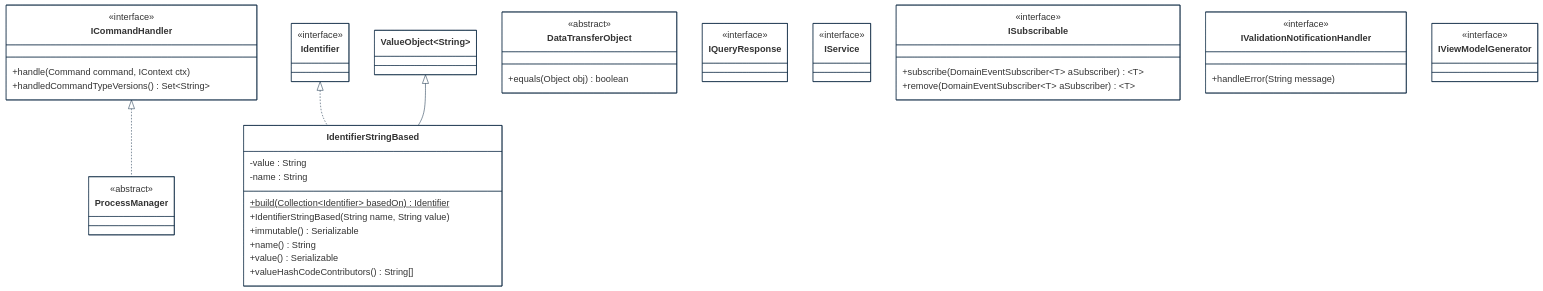
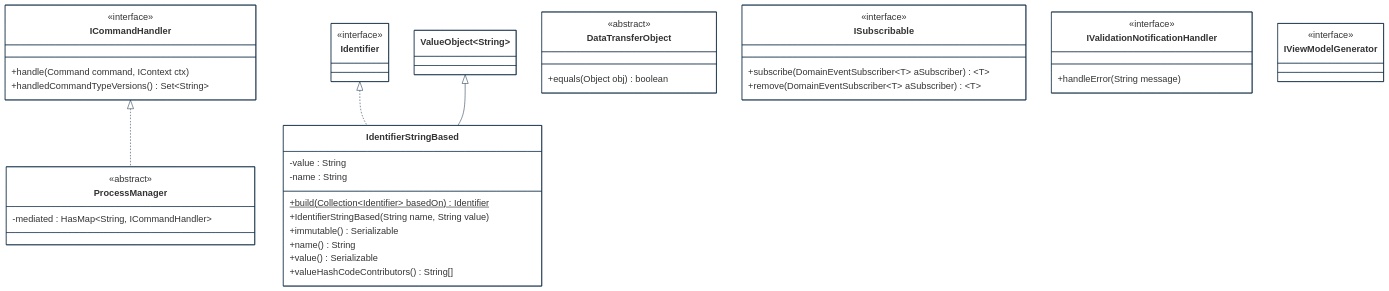
One commit to cybnity/foundation changed the second of 7 diagrams in implementations-line/framework/domain/designview-packages.md. Above: the diagram before and after it, drawn with Mermaid.

````diff
--- a/implementations-line/framework/domain/designview-packages.md
+++ b/implementations-line/framework/domain/designview-packages.md
@@ -97,68 +103,63 @@
 ```mermaid
 %%{
   init: {
     'theme': 'base',
     'themeVariables': {
         'background': '#ffffff',
         'fontFamily': 'arial',
         'fontSize': '18px',
         'primaryColor': '#fff',
         'primaryBorderColor': '#0e2a43',
         'secondaryBorderColor': '#0e2a43',
         'tertiaryBorderColor': '#0e2a43',
         'edgeLabelBackground':'#0e2a43',
         'lineColor': '#0e2a43',
         'tertiaryColor': '#fff'
     }
   }
 }%%
 classDiagram
     ICommandHandler <|.. ProcessManager
     Identifier <|.. IdentifierStringBased
     ValueObject~String~ <|-- IdentifierStringBased
 
     class ICommandHandler {
         <<interface>>
         +handle(Command command, IContext ctx)
         +handledCommandTypeVersions() Set~String~
     }
     class DataTransferObject {
         <<abstract>>
         +equals(Object obj) boolean
     }
-    class IQueryResponse {
-        <<interface>>
-    }
     class ProcessManager {
         <<abstract>>
+        -mediated : HasMap~String, ICommandHandler~
     }
     class Identifier {
         <<interface>>
     }
     class IdentifierStringBased {
         -value : String
         -name : String
         +build(Collection~Identifier~ basedOn)$ Identifier
         +IdentifierStringBased(String name, String value)
         +immutable() Serializable
         +name() String
         +value() Serializable
         +valueHashCodeContributors() String[]
-    }
-    class IService {
-        <<interface>>
     }
     class ISubscribable {
         <<interface>>
         +subscribe(DomainEventSubscriber~T~ aSubscriber) ~T~
         +remove(DomainEventSubscriber~T~ aSubscriber) ~T~
     }
     class IValidationNotificationHandler {
         <<interface>>
         +handleError(String message)
     }
     class IViewModelGenerator {
         <<interface>>
     }
 
 ```
````
